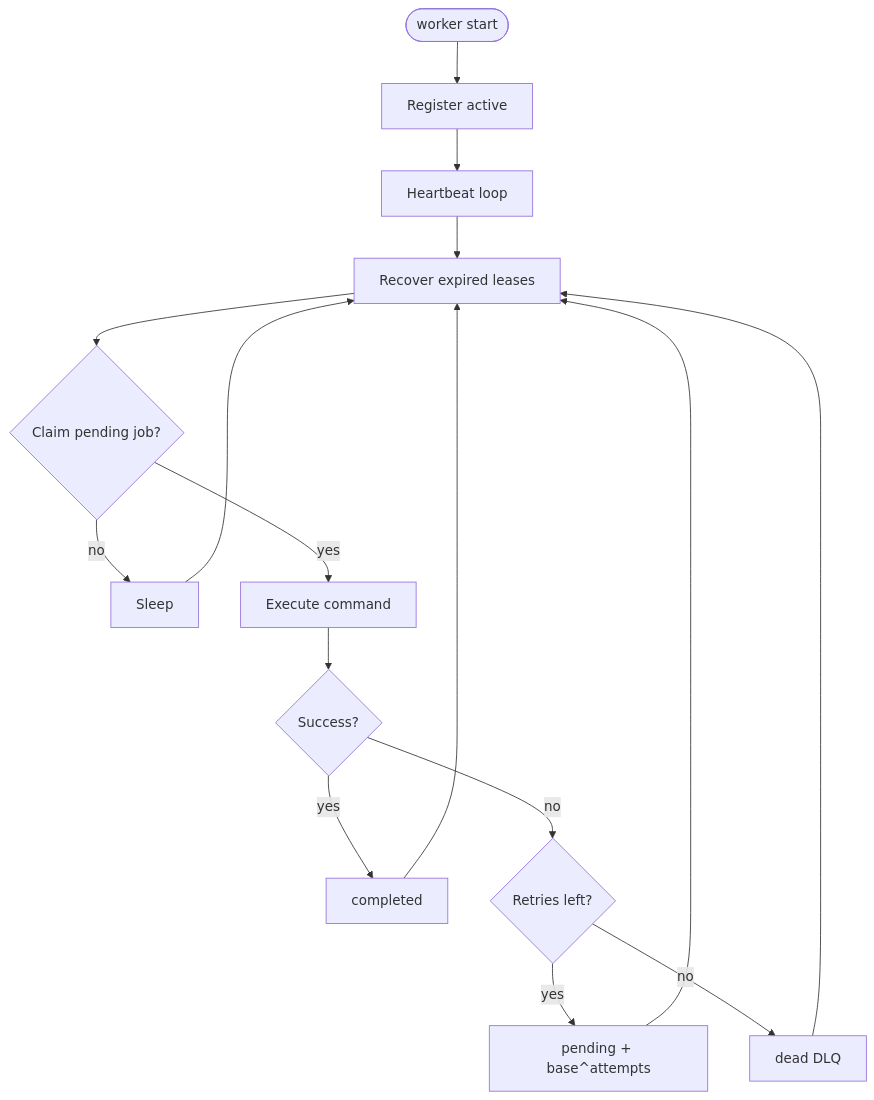
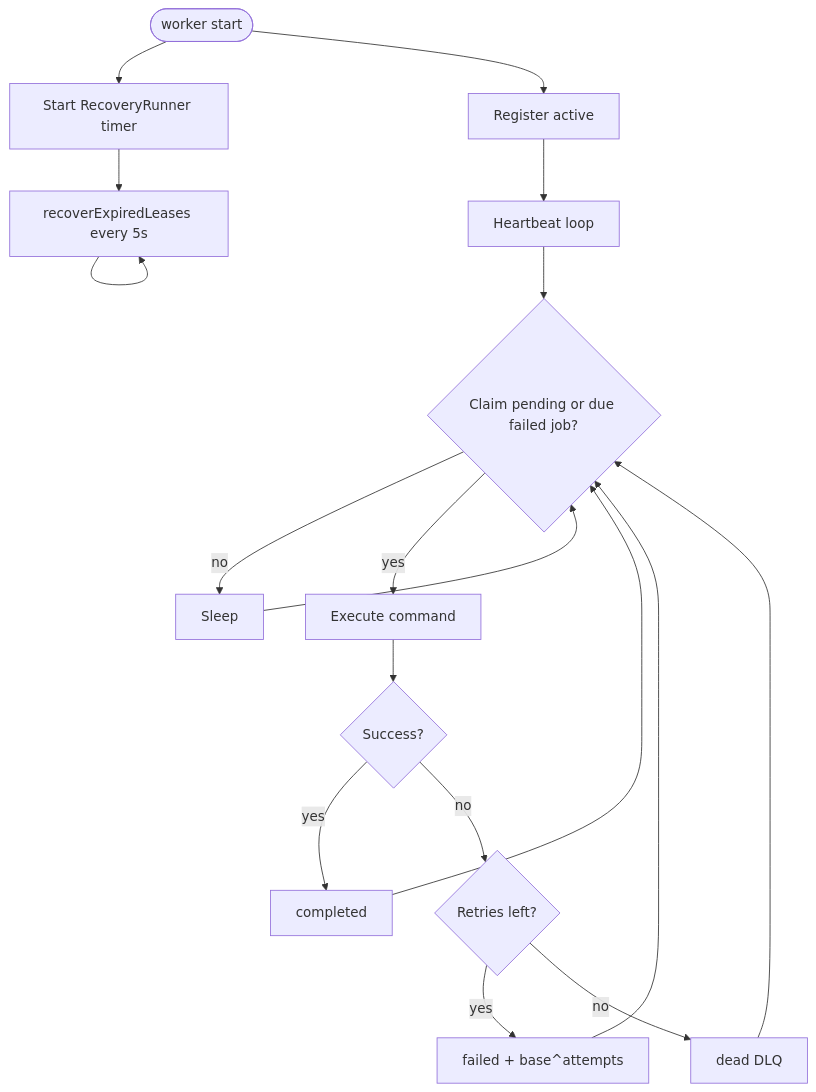
Before and after one commit to tejash05/queuectl: the fourth of 10 diagrams in README.md, drawn with Mermaid. The commit also changed other lines of this file and 25 other files, not shown here.

````diff
--- a/README.md
+++ b/README.md
@@ -208,18 +208,20 @@
 ```mermaid
 flowchart TB
-  Start([worker start]) --> Reg[Register active]
+  Start([worker start]) --> Runner[Start RecoveryRunner timer]
+  Start --> Reg[Register active]
   Reg --> HB[Heartbeat loop]
-  HB --> Rec[Recover expired leases]
-  Rec --> Claim{Claim pending job?}
+  HB --> Claim{Claim pending or due failed job?}
   Claim -->|no| Idle[Sleep]
-  Idle --> Rec
+  Idle --> Claim
   Claim -->|yes| Run[Execute command]
   Run --> Ok{Success?}
   Ok -->|yes| Done[completed]
-  Done --> Rec
+  Done --> Claim
   Ok -->|no| Retry{Retries left?}
-  Retry -->|yes| Backoff["pending + base^attempts"]
-  Backoff --> Rec
+  Retry -->|yes| Backoff["failed + base^attempts"]
+  Backoff --> Claim
   Retry -->|no| Dead[dead DLQ]
-  Dead --> Rec
+  Dead --> Claim
+  Runner --> Rec[recoverExpiredLeases every 5s]
+  Rec --> Rec
 ```
````
